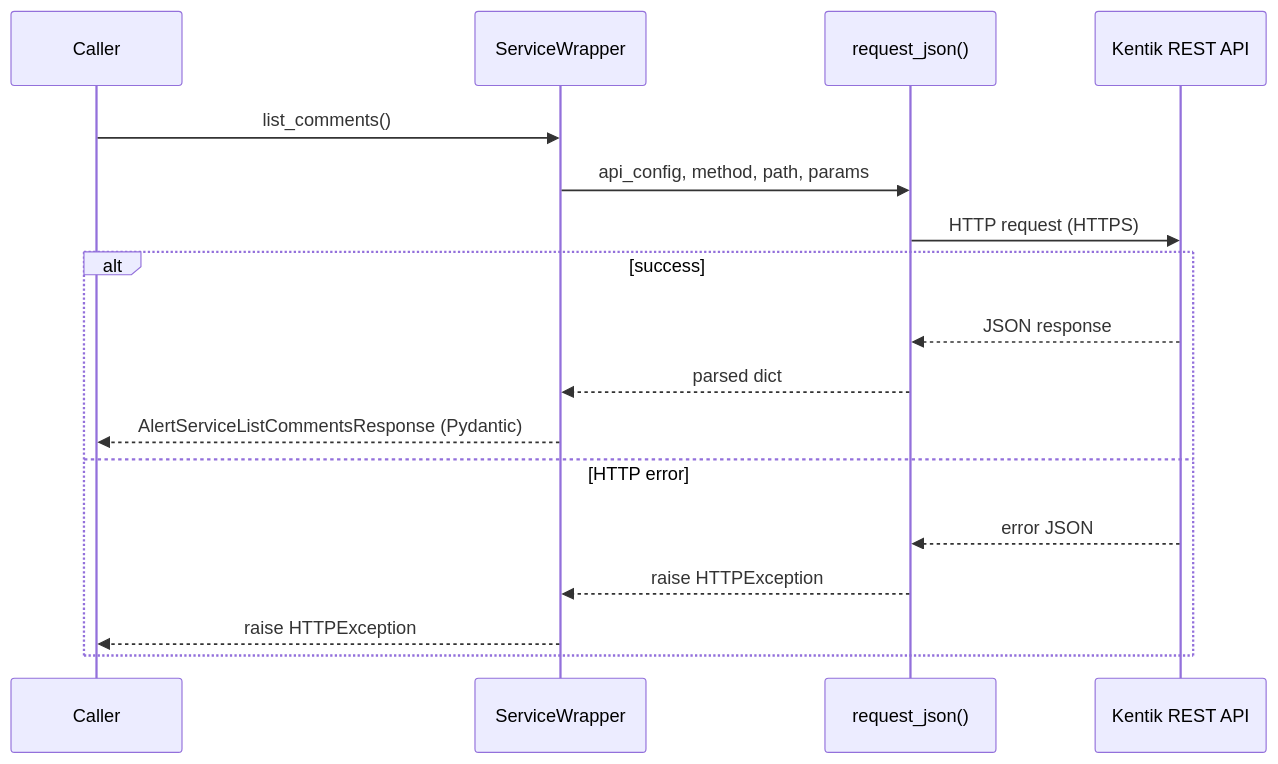
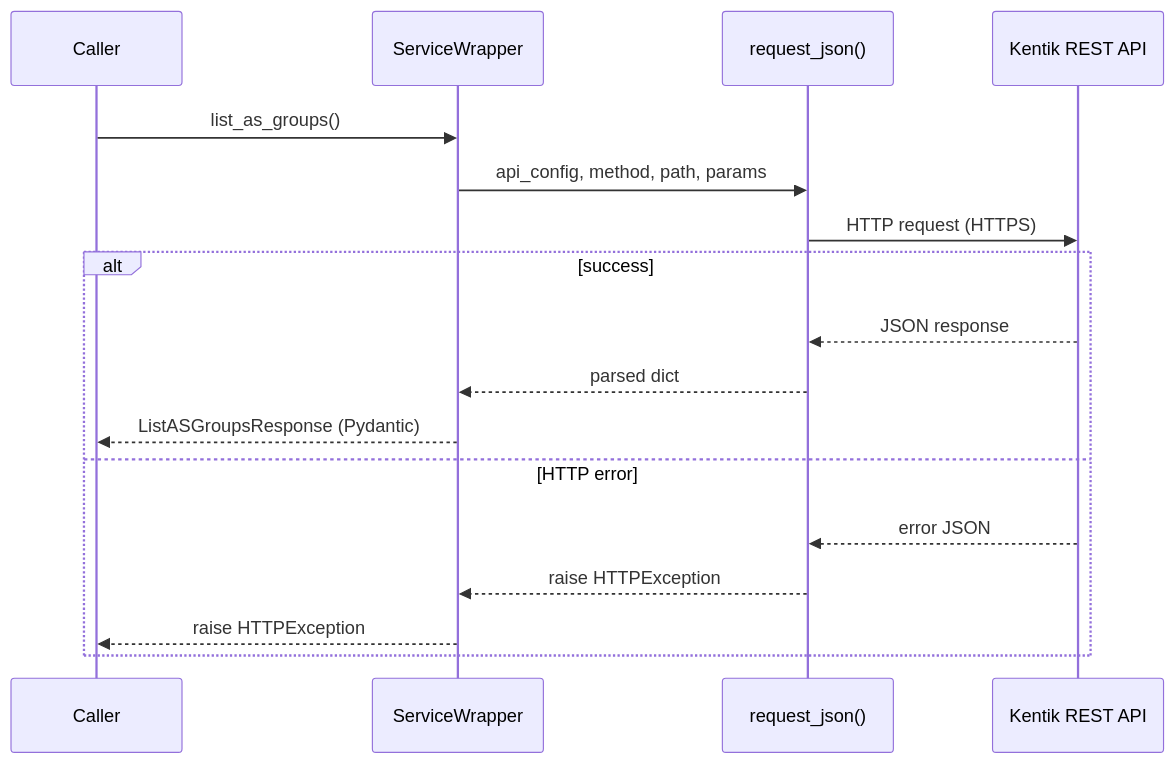
The first of 2 diagrams in docs/guides/grpc.md (alexdearaujo/community_sdk_python), drawn with Mermaid before and after one commit. The commit also changed other lines of this file and 19 other files, not shown here.

````diff
--- a/docs/guides/grpc.md
+++ b/docs/guides/grpc.md
@@ -36,20 +36,20 @@
 ```mermaid
 sequenceDiagram
     participant C as Caller
     participant W as ServiceWrapper
     participant RJ as request_json()
     participant API as Kentik REST API
 
-    C->>W: list_comments()
+    C->>W: list_as_groups()
     W->>RJ: api_config, method, path, params
     RJ->>API: HTTP request (HTTPS)
     alt success
         API-->>RJ: JSON response
         RJ-->>W: parsed dict
-        W-->>C: AlertServiceListCommentsResponse (Pydantic)
+        W-->>C: ListASGroupsResponse (Pydantic)
     else HTTP error
         API-->>RJ: error JSON
         RJ-->>W: raise HTTPException
         W-->>C: raise HTTPException
     end
 ```
````
